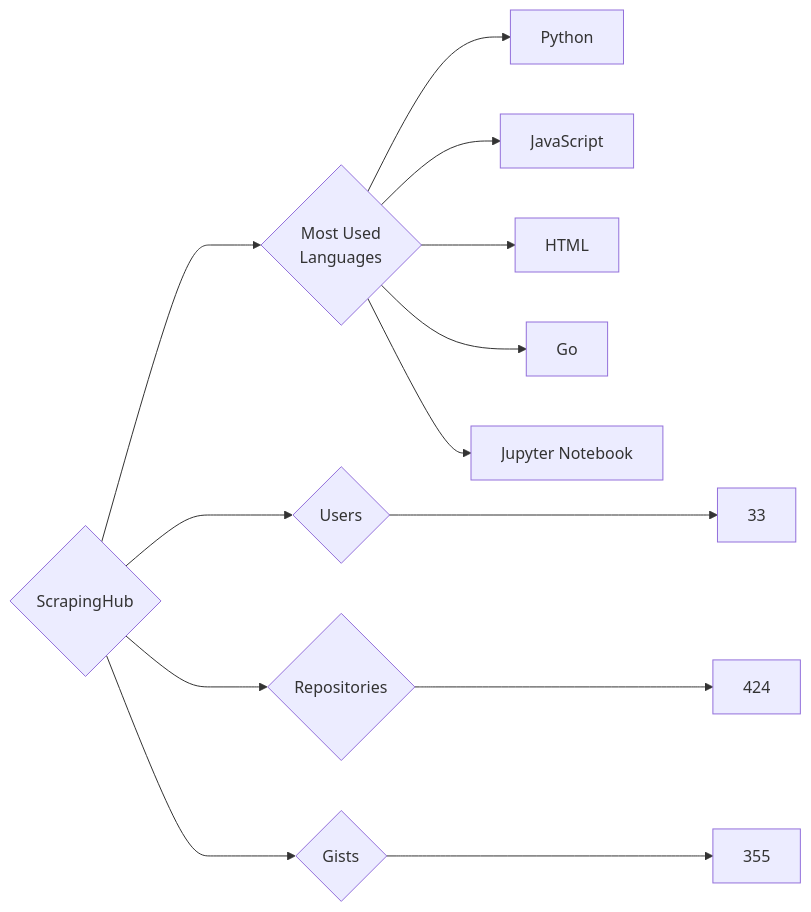
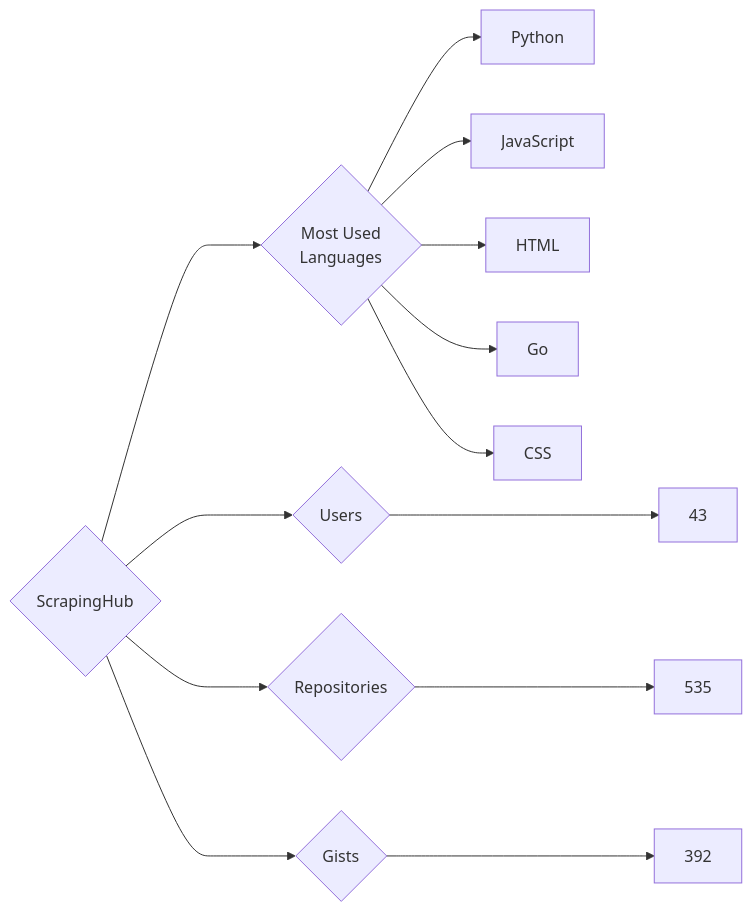
One commit to trickest/insiders changed the diagram in targets/ScrapingHub/README.md. Above: the diagram before and after it, drawn with Mermaid. The commit also changed 860 other files, not shown here.

````diff
--- a/targets/ScrapingHub/README.md
+++ b/targets/ScrapingHub/README.md
@@ -3,13 +3,13 @@
 ```mermaid
 graph LR
 COMPANY_NAME{ScrapingHub}
-COMPANY_NAME ---> U{Users} ---> UN[33]
-COMPANY_NAME ---> R{Repositories} ---> RN[424]
-COMPANY_NAME ---> G{Gists} ---> GN[355]
+COMPANY_NAME ---> U{Users} ---> UN[43]
+COMPANY_NAME ---> R{Repositories} ---> RN[535]
+COMPANY_NAME ---> G{Gists} ---> GN[392]
 COMPANY_NAME ---> ML{Most Used<br>Languages}
 ML --> Python[Python]
 ML --> JavaScript[JavaScript]
 ML --> HTML[HTML]
 ML --> Go[Go]
-ML --> Jupyter_Notebook[Jupyter Notebook]
+ML --> CSS[CSS]
 ```
````
